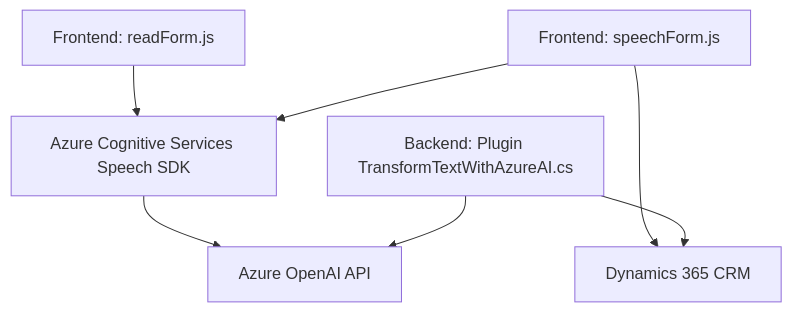
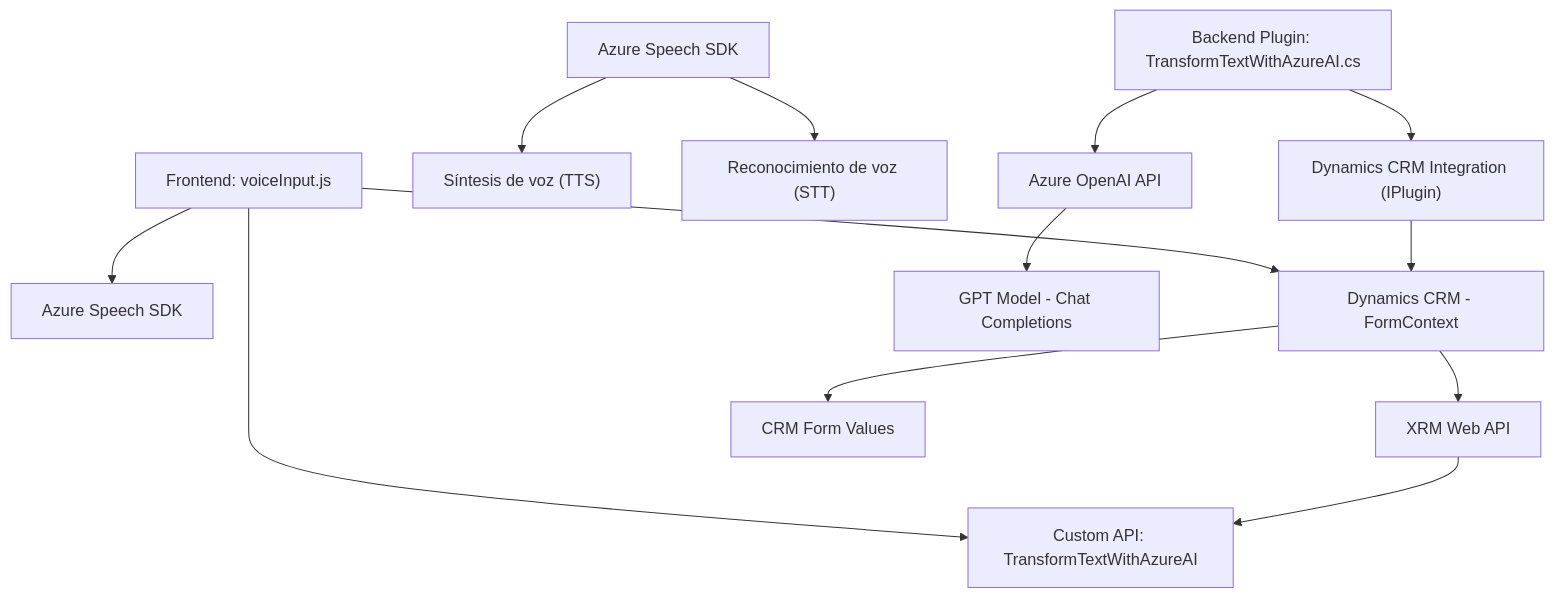
Before and after one commit to blopezdm/NETCORE_BILBAO2025: the diagram in README.md, drawn with Mermaid. The commit also changed other lines of this file, not shown here.

````diff
--- a/README.md
+++ b/README.md
@@ -41,16 +36,19 @@
 ```mermaid
 graph TD
-    A["Frontend: readForm.js"]
-    B["Frontend: speechForm.js"]
-    C["Backend: Plugin TransformTextWithAzureAI.cs"]
-    D["Azure Cognitive Services Speech SDK"]
-    E["Azure OpenAI API"]
-    F["Dynamics 365 CRM"]
+    A["Frontend: voiceInput.js"] --> B["Azure Speech SDK"]
+    A --> C["Dynamics CRM - FormContext"]
+    C --> D["XRM Web API"]
+    A --> E["Custom API: TransformTextWithAzureAI"]
 
-    A --> D
-    B --> D
+    F["Azure Speech SDK"] --> G["Síntesis de voz (TTS)"]
+    F --> H["Reconocimiento de voz (STT)"]
+
+    C --> I["CRM Form Values"]
     D --> E
-    B --> F
-    C --> E
-    C --> F
+
+    J["Backend Plugin: TransformTextWithAzureAI.cs"]
+    J --> K["Dynamics CRM Integration (IPlugin)"]
+    J --> L["Azure OpenAI API"]
+    L --> M["GPT Model - Chat Completions"]
+    K --> C
 ```
````
